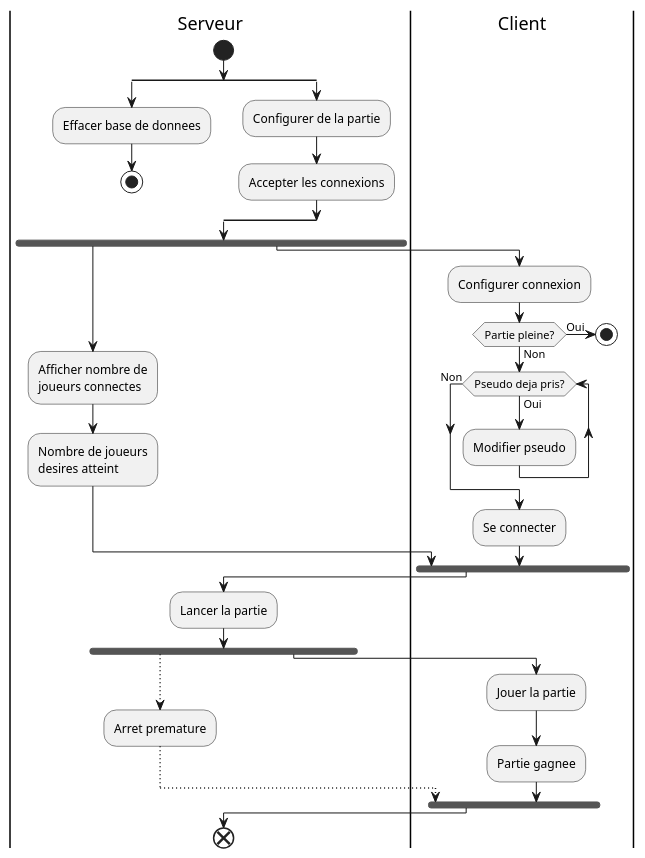
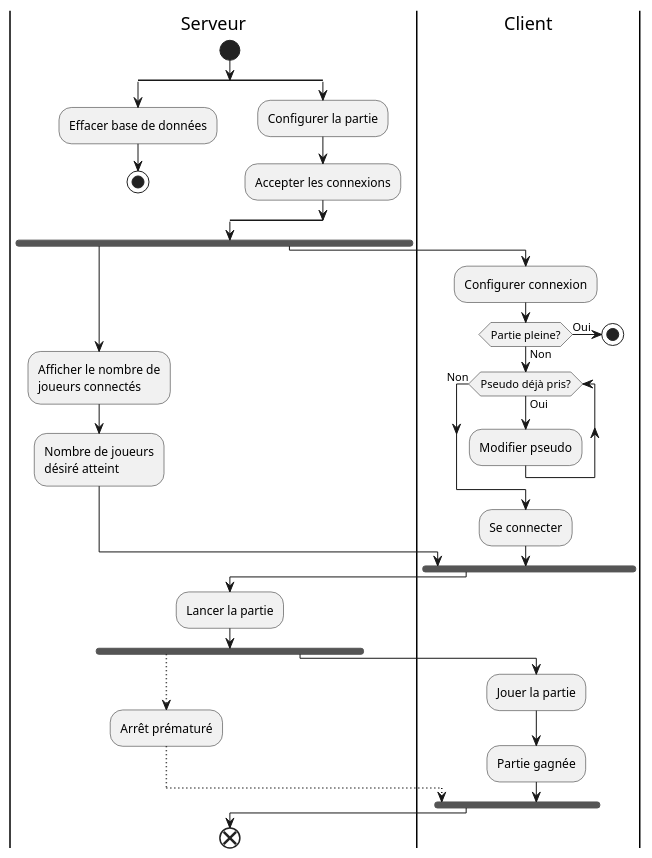
The diagram in Rapport/diagrammes/DiagrammeDActivite.puml (heig-vd-gen2017/projet), drawn with PlantUML before and after one commit.

Commit message:
Diag d'activité amélioré

```diff
--- a/Rapport/diagrammes/DiagrammeDActivite.puml
+++ b/Rapport/diagrammes/DiagrammeDActivite.puml
@@ -1,41 +1,41 @@
 @startuml
 |Serveur|
 start
 split
-:Effacer base de donnees;
+:Effacer base de données;
 stop
 split again
-:Configurer de la partie;
+:Configurer la partie;
 :Accepter les connexions;
 end split
 fork
-:Afficher nombre de
-joueurs connectes;
+:Afficher le nombre de
+joueurs connectés;
 :Nombre de joueurs
-desires atteint;
+désiré atteint;
 fork again
 |Client|
 :Configurer connexion;
 if (Partie pleine?) then (Oui)
  stop
 else (Non)
- while (Pseudo deja pris?) is (Oui)
+ while (Pseudo déjà pris?) is (Oui)
   :Modifier pseudo;
 endwhile (Non)
 endif
 :Se connecter;
 endfork
 |Serveur|
 :Lancer la partie;
 fork
 -[dotted]->
-:Arret premature;
+:Arrêt prématuré;
 -[dotted]->
 fork again
 |Client|
 :Jouer la partie;
-:Partie gagnee;
+:Partie gagnée;
 endfork
 |Serveur|
 end
 @enduml
```
